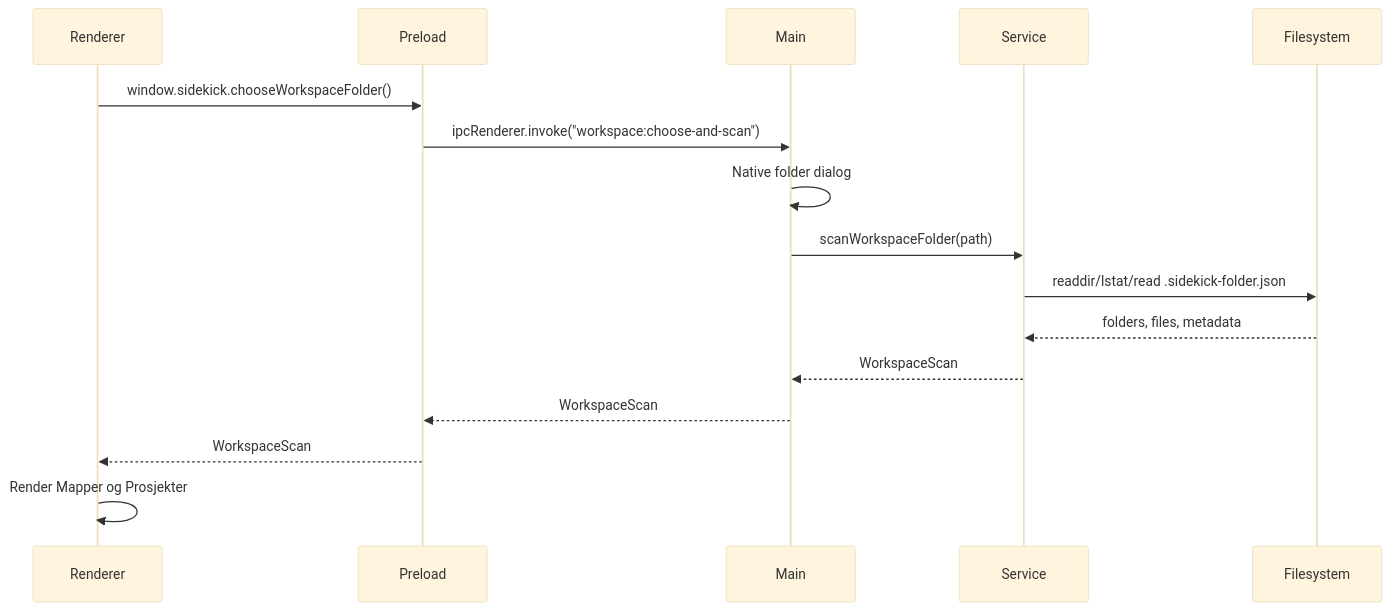
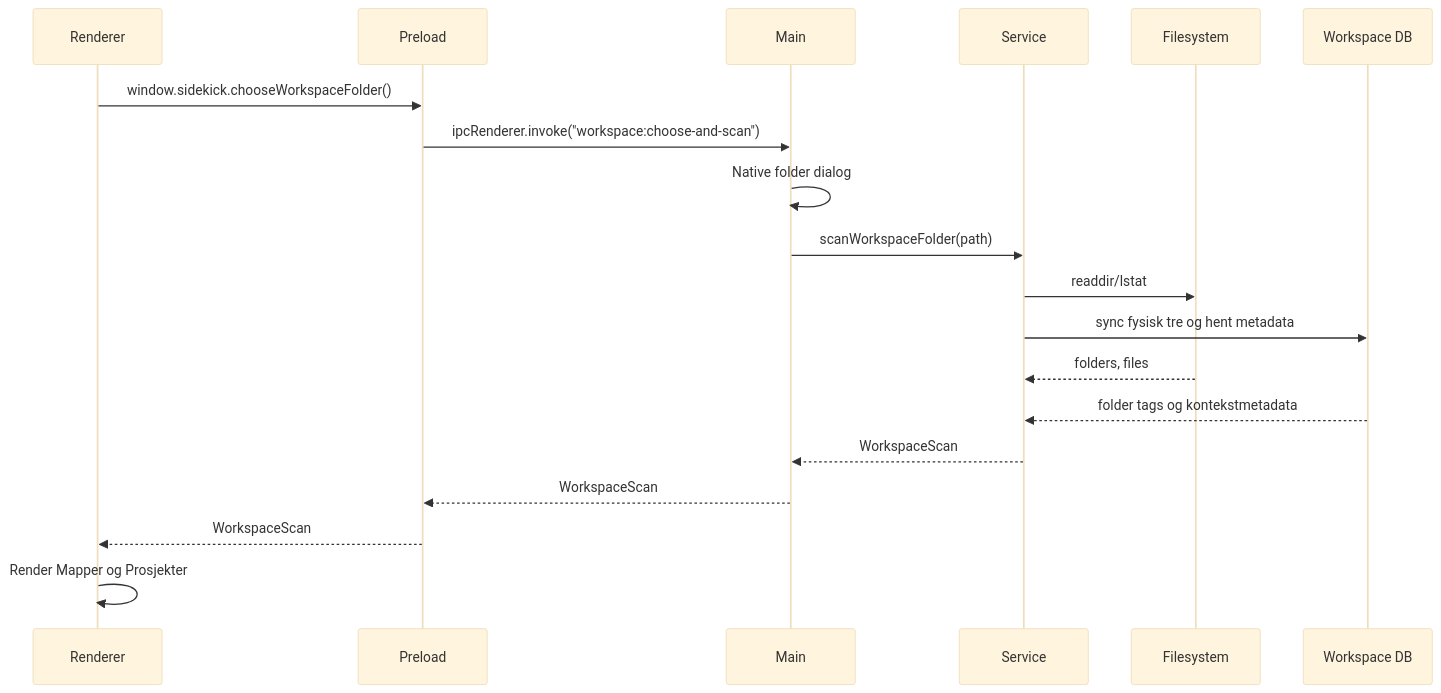
The third of 7 diagrams in docs/architecture/solution-architecture.md (trulstveoy/Sidekick), drawn with Mermaid (base theme) before and after one commit. The commit also changed other lines of this file and 15 other files, not shown here.

Commit message:
feat: add workspace metadata database

````diff
--- a/docs/architecture/solution-architecture.md
+++ b/docs/architecture/solution-architecture.md
@@ -105,19 +106,22 @@
 ```mermaid
 sequenceDiagram
   participant R as Renderer
   participant P as Preload
   participant M as Main
   participant S as Service
   participant F as Filesystem
+  participant D as Workspace DB
 
   R->>P: window.sidekick.chooseWorkspaceFolder()
   P->>M: ipcRenderer.invoke("workspace:choose-and-scan")
   M->>M: Native folder dialog
   M->>S: scanWorkspaceFolder(path)
-  S->>F: readdir/lstat/read .sidekick-folder.json
-  F-->>S: folders, files, metadata
+  S->>F: readdir/lstat
+  S->>D: sync fysisk tre og hent metadata
+  F-->>S: folders, files
+  D-->>S: folder tags og kontekstmetadata
   S-->>M: WorkspaceScan
   M-->>P: WorkspaceScan
   P-->>R: WorkspaceScan
   R->>R: Render Mapper og Prosjekter
 ```
````
